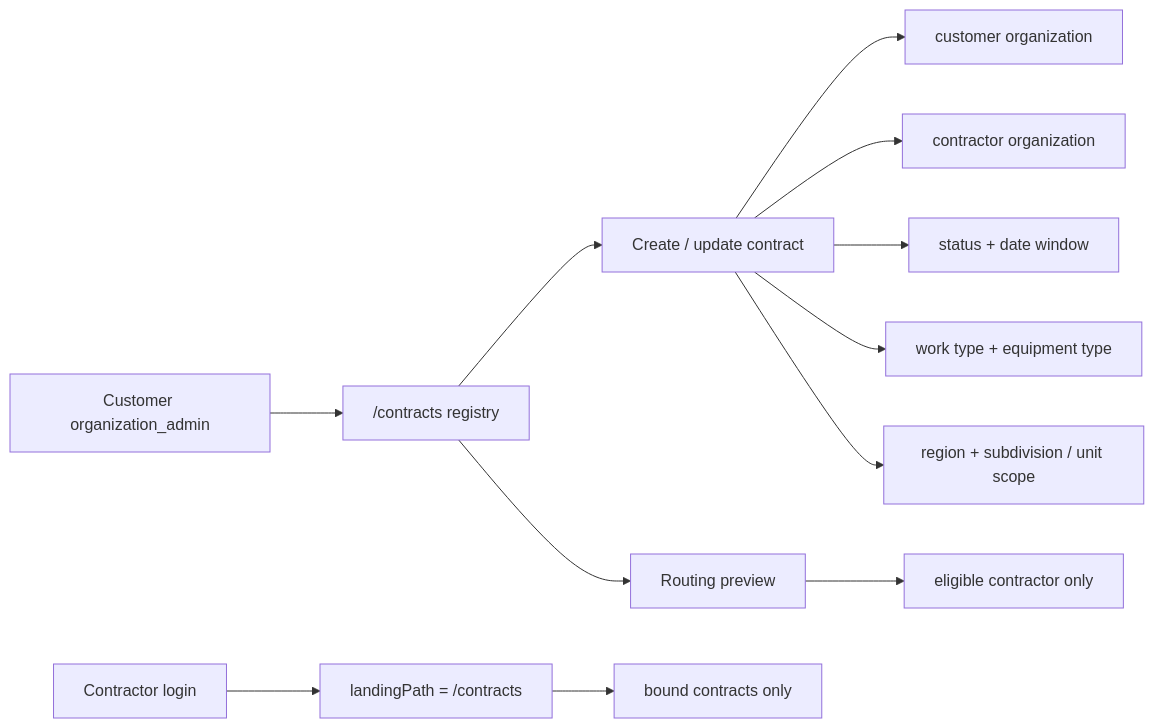
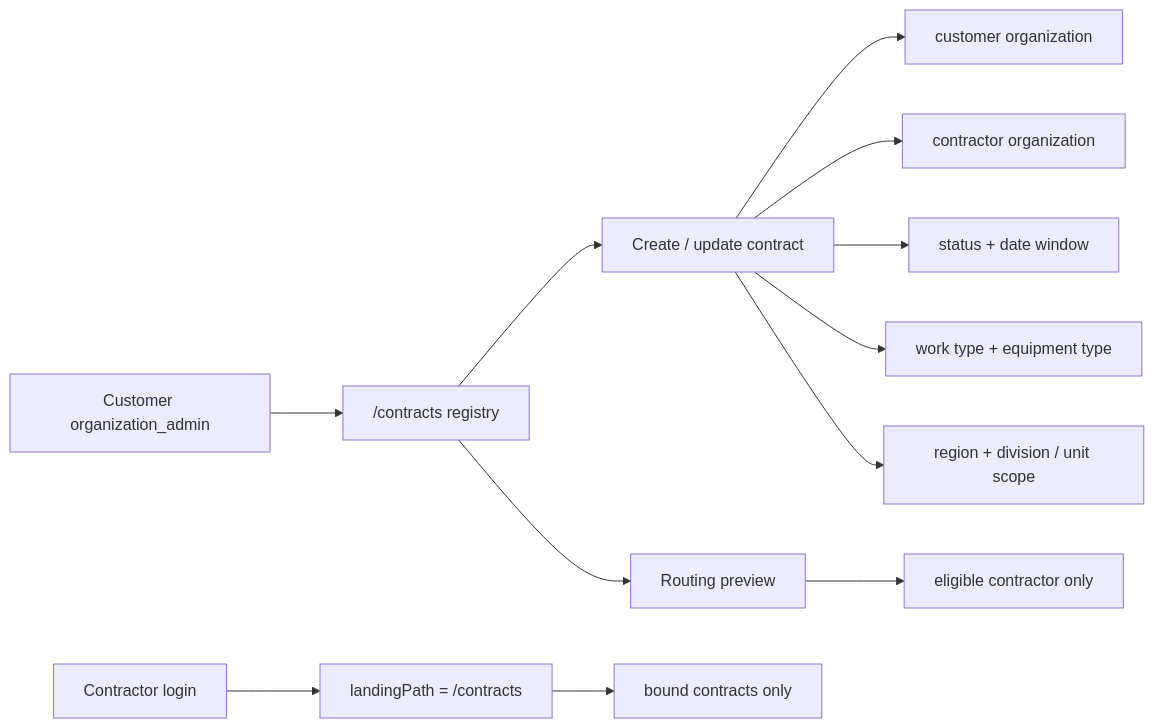
One commit to vrk-app/vrk changed the eighth of 10 diagrams in docs/architecture/identity-master-data.md. Above: the diagram before and after it, drawn with Mermaid. The commit also changed other lines of this file and 313 other files, not shown here.

````diff
--- a/docs/architecture/identity-master-data.md
+++ b/docs/architecture/identity-master-data.md
@@ -314,14 +371,14 @@
 ```mermaid
 flowchart LR
     A["Customer organization_admin"] --> B["/contracts registry"]
     B --> C["Create / update contract"]
     C --> D["customer organization"]
     C --> E["contractor organization"]
     C --> F["status + date window"]
     C --> G["work type + equipment type"]
-    C --> H["region + subdivision / unit scope"]
+    C --> H["region + division / unit scope"]
     B --> I["Routing preview"]
     I --> J["eligible contractor only"]
     K["Contractor login"] --> L["landingPath = /contracts"]
     L --> M["bound contracts only"]
 ```
````
